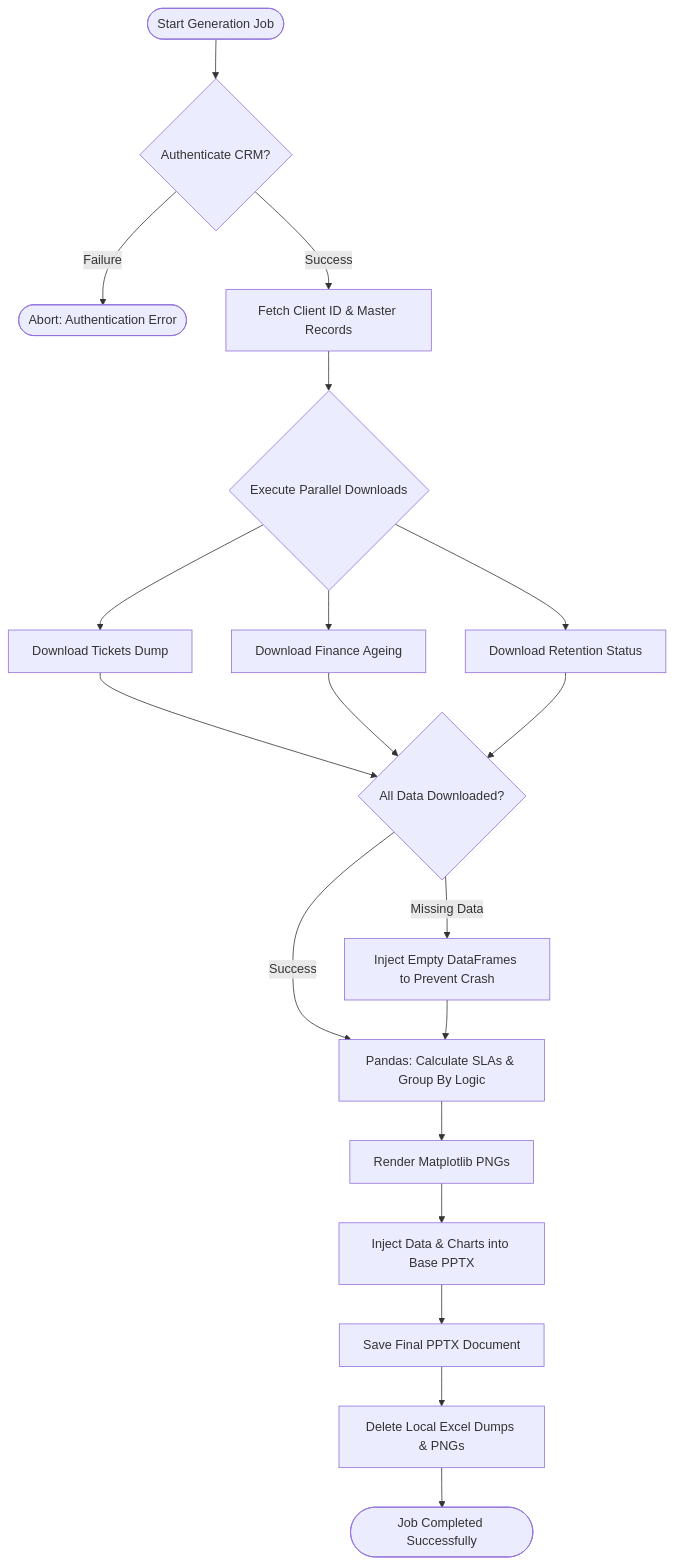
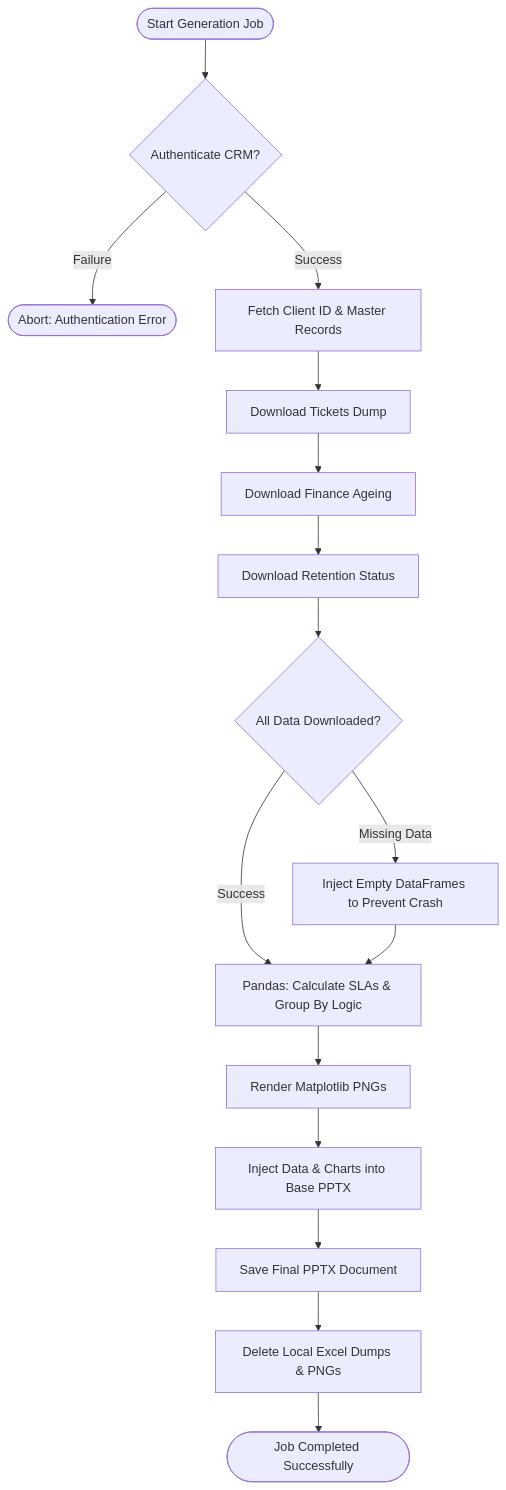
The second of 2 diagrams in README.md (Hetgandhi25/enterprise-ppt-automation), drawn with Mermaid before and after one commit.

Commit message:
Corrected Activity Flow diagram to reflect actual sequential data extraction logic

````diff
--- a/README.md
+++ b/README.md
@@ -42,27 +42,23 @@
 ```mermaid
 flowchart TD
     Start([Start Generation Job]) --> Auth{Authenticate CRM?}
     
     Auth -- Failure --> Err([Abort: Authentication Error])
     Auth -- Success --> Fetch[Fetch Client ID & Master Records]
     
-    Fetch --> ParallelSplit{Execute Parallel Downloads}
+    Fetch --> T[Download Tickets Dump]
+    T --> I[Download Finance Ageing]
+    I --> R[Download Retention Status]
     
-    ParallelSplit --> T[Download Tickets Dump]
-    ParallelSplit --> I[Download Finance Ageing]
-    ParallelSplit --> R[Download Retention Status]
+    R --> Merge{All Data Downloaded?}
     
-    T --> Merge
-    I --> Merge
-    R --> Merge
-    
-    Merge{All Data Downloaded?} --> |Missing Data| Fallback[Inject Empty DataFrames to Prevent Crash]
+    Merge --> |Missing Data| Fallback[Inject Empty DataFrames to Prevent Crash]
     Merge --> |Success| Pandas[Pandas: Calculate SLAs & Group By Logic]
     Fallback --> Pandas
     
     Pandas --> Charts[Render Matplotlib PNGs]
     Charts --> Inject[Inject Data & Charts into Base PPTX]
     Inject --> Save[Save Final PPTX Document]
     Save --> Cleanup[Delete Local Excel Dumps & PNGs]
     Cleanup --> End([Job Completed Successfully])
 ```
````
